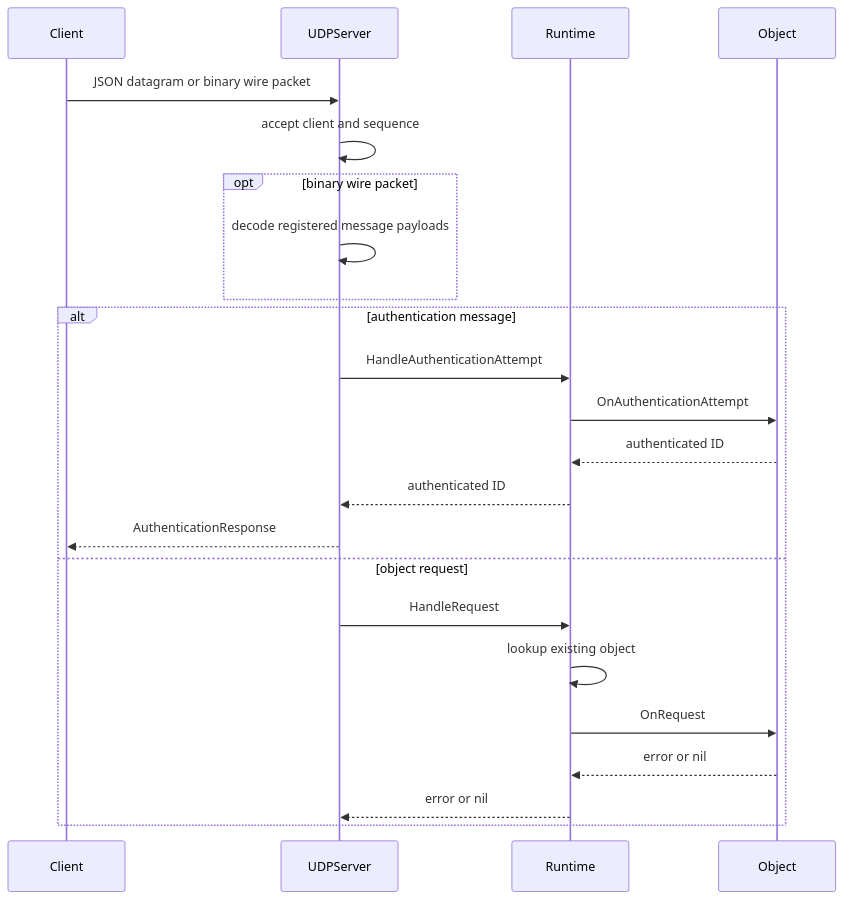
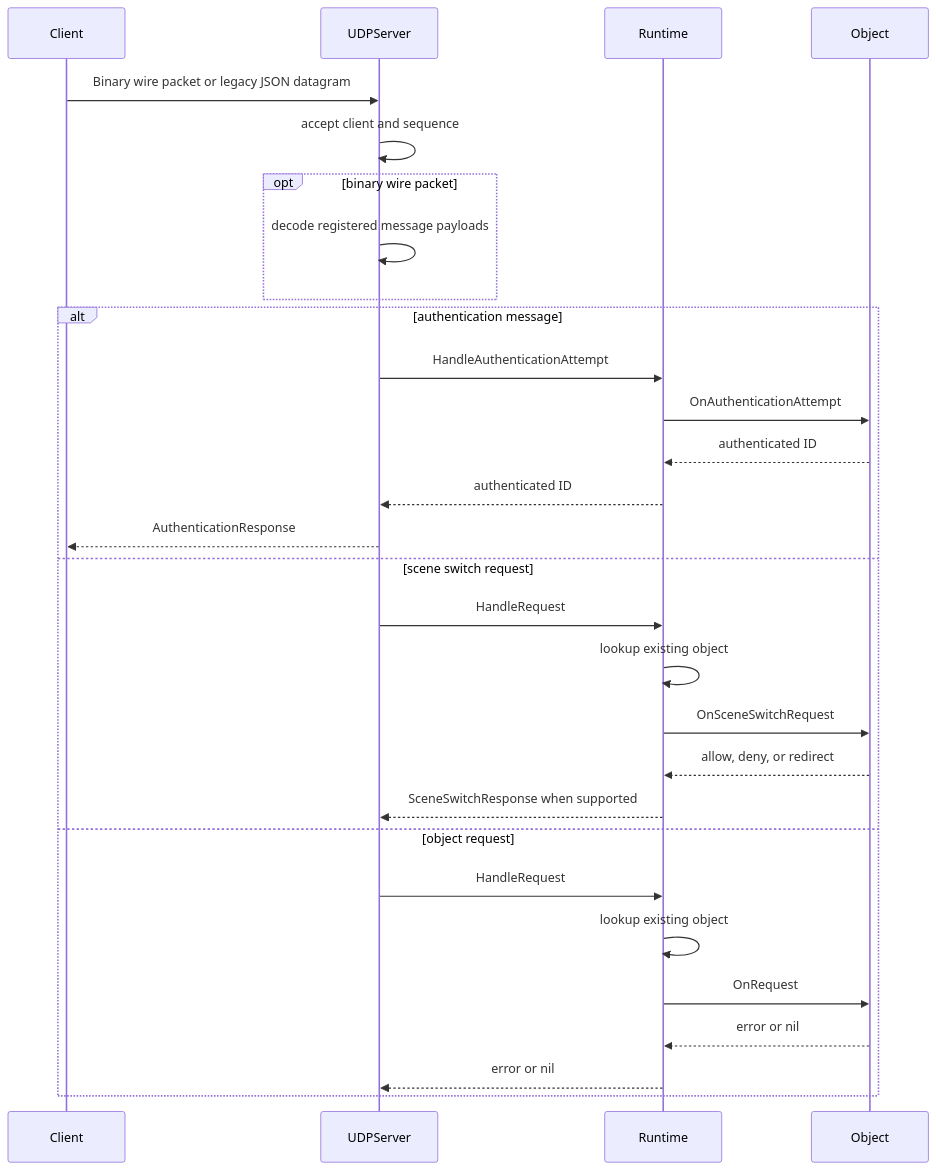
One commit to MihaelBLKN/Enserva changed the second of 3 diagrams in documentation/docs/architecture.md. Above: the diagram before and after it, drawn with Mermaid. The commit also changed other lines of this file and 27 other files, not shown here.

````diff
--- a/documentation/docs/architecture.md
+++ b/documentation/docs/architecture.md
@@ -61,26 +62,32 @@
 ```mermaid
 sequenceDiagram
     participant Client
     participant UDP as UDPServer
     participant Runtime
     participant Object
 
-    Client->>UDP: JSON datagram or binary wire packet
+    Client->>UDP: Binary wire packet or legacy JSON datagram
     UDP->>UDP: accept client and sequence
     opt binary wire packet
         UDP->>UDP: decode registered message payloads
     end
     alt authentication message
         UDP->>Runtime: HandleAuthenticationAttempt
         Runtime->>Object: OnAuthenticationAttempt
         Object-->>Runtime: authenticated ID
         Runtime-->>UDP: authenticated ID
         UDP-->>Client: AuthenticationResponse
+    else scene switch request
+        UDP->>Runtime: HandleRequest
+        Runtime->>Runtime: lookup existing object
+        Runtime->>Object: OnSceneSwitchRequest
+        Object-->>Runtime: allow, deny, or redirect
+        Runtime-->>UDP: SceneSwitchResponse when supported
     else object request
         UDP->>Runtime: HandleRequest
         Runtime->>Runtime: lookup existing object
         Runtime->>Object: OnRequest
         Object-->>Runtime: error or nil
         Runtime-->>UDP: error or nil
     end
 ```
````
